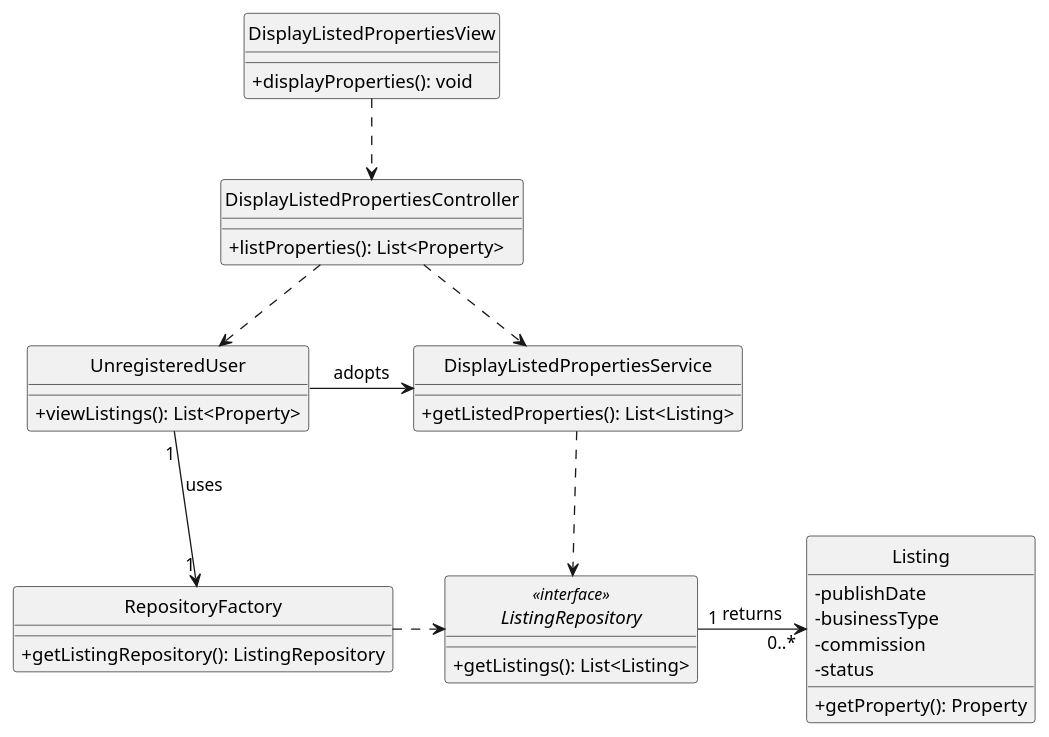
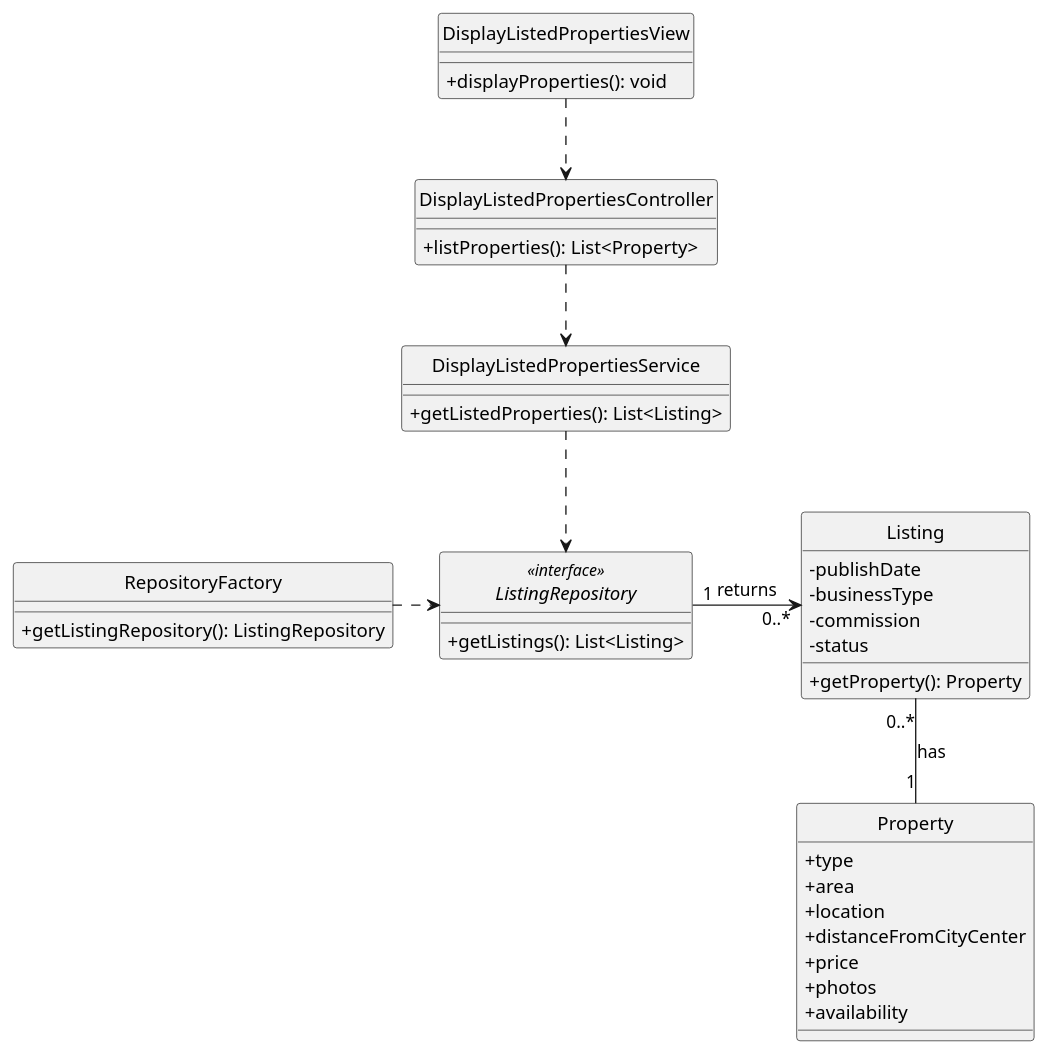
The diagram in docs/Sprint3/US20/US20-CD.puml (goncalomaia18/leti-esoft-24-25-A2), drawn with PlantUML before and after one commit. The commit also changed 5 other files, not shown here.

```diff
--- a/docs/Sprint3/US20/US20-CD.puml
+++ b/docs/Sprint3/US20/US20-CD.puml
@@ -1,44 +1,50 @@
 @startuml
 hide circle
 skinparam classAttributeIconSize 0
 
 class DisplayListedPropertiesView {
   +displayProperties(): void
 }
 
 class DisplayListedPropertiesController {
   +listProperties(): List<Property>
 }
 
 class DisplayListedPropertiesService {
   +getListedProperties(): List<Listing>
 }
 
 interface ListingRepository <<interface>> {
   +getListings(): List<Listing>
 }
 
 
 class Listing {
   -publishDate
   -businessType
   -commission
   -status
   +getProperty(): Property
 }
 
-class UnregisteredUser {
-  +viewListings(): List<Property>
-}
 class RepositoryFactory{
   +getListingRepository(): ListingRepository
 }
-UnregisteredUser "1" -down-> "1" RepositoryFactory:  uses
-UnregisteredUser -> DisplayListedPropertiesService :  adopts
+class Property {
+    +type
+    +area
+    +location
+    +distanceFromCityCenter
+    +price
+    +photos
+    +availability
+}
+
+
 ListingRepository "1" -right-> "0..*" Listing:  returns
-DisplayListedPropertiesController ..> UnregisteredUser
+Property "1" -up- "0..*" Listing : has
 DisplayListedPropertiesView ..> DisplayListedPropertiesController
 DisplayListedPropertiesController ..> DisplayListedPropertiesService
 DisplayListedPropertiesService ..> ListingRepository
 RepositoryFactory .right.> ListingRepository
 @enduml
```
